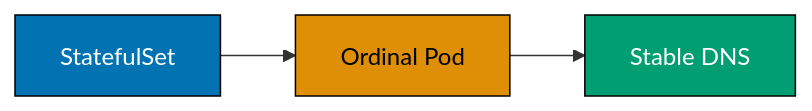
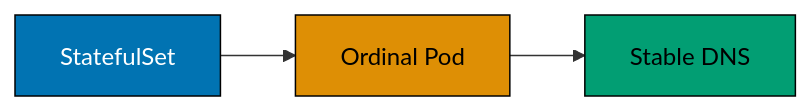
One commit to wahidyankf/ose-public changed the tenth of 10 diagrams in apps/ayokoding-www/content/en/learn/courses/containers-and-orchestration/learning/advanced.md. Above: the diagram before and after it, drawn with Mermaid. The commit also changed other lines of this file and 144 other files, not shown here.

First line of the commit message:
fix(mermaid): bring the first half of the courses diagrams onto the accessible palette

````diff
--- a/apps/ayokoding-www/content/en/learn/courses/containers-and-orchestration/learning/advanced.md
+++ b/apps/ayokoding-www/content/en/learn/courses/containers-and-orchestration/learning/advanced.md
@@ -500,10 +527,13 @@
 ```mermaid
 graph LR
+  accTitle: Example 65: StatefulSet
+  accDescr: Graph with 3 nodes and 2 connections. Nodes: StatefulSet, Ordinal Pod, Stable DNS. Connections: StatefulSet to Ordinal Pod, Ordinal Pod to Stable DNS.
   S[StatefulSet] --> O[Ordinal Pod] --> D[Stable DNS]
-  classDef blue fill:#0173B2,stroke:#000,color:#fff
-  classDef teal fill:#029E73,stroke:#000,color:#fff
-  classDef orange fill:#DE8F05,stroke:#000,color:#000
+  classDef blue fill:#0173B2,stroke:#000000,color:#FFFFFF
+  classDef teal fill:#029E73,stroke:#000000,color:#000000
+  classDef orange fill:#DE8F05,stroke:#000000,color:#000000
   class S blue
   class O orange
   class D teal
+  classDef default fill:#FFFFFF,stroke:#000000,color:#000000
 ```
````
